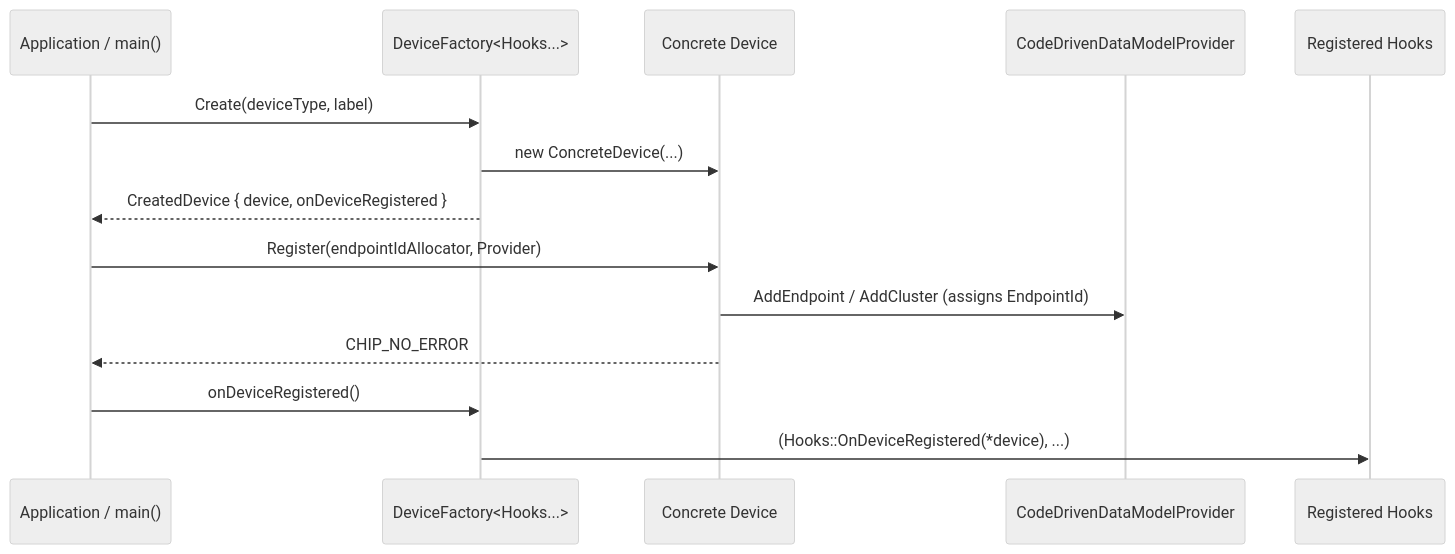
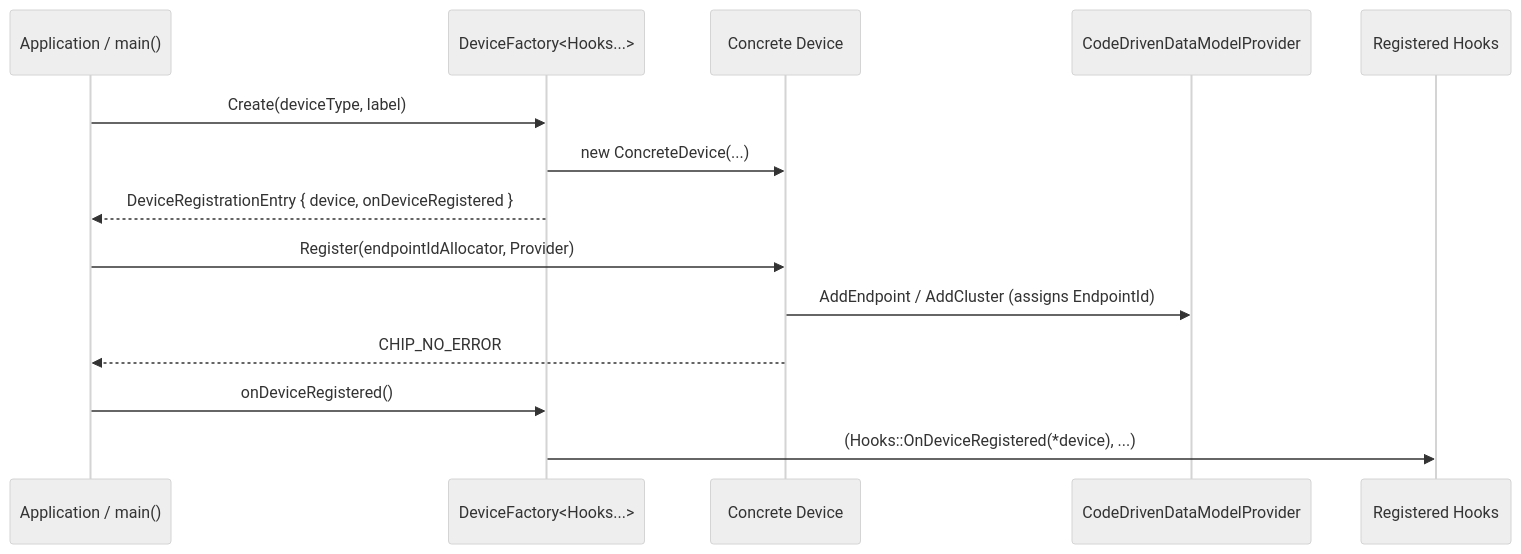
The third of 3 diagrams in examples/all-devices-app/docs/architecture.md (project-chip/connectedhomeip), drawn with Mermaid (neutral theme) before and after one commit. The commit also changed other lines of this file and 12 other files, not shown here.

Commit message:
[all-devices-app] Address PR review feedback: rename DeviceRegistrationEntry, MakeDevice, and NoHooksDeviceFactory

````diff
--- a/examples/all-devices-app/docs/architecture.md
+++ b/examples/all-devices-app/docs/architecture.md
@@ -133,19 +133,19 @@
 ```mermaid
 sequenceDiagram
     participant App as Application / main()
     participant Factory as DeviceFactory<Hooks...>
     participant Device as Concrete Device
     participant Provider as CodeDrivenDataModelProvider
     participant Hook as Registered Hooks
 
     App->>Factory: Create(deviceType, label)
     Factory->>Device: new ConcreteDevice(...)
-    Factory-->>App: CreatedDevice { device, onDeviceRegistered }
+    Factory-->>App: DeviceRegistrationEntry { device, onDeviceRegistered }
 
     App->>Device: Register(endpointIdAllocator, Provider)
     Device->>Provider: AddEndpoint / AddCluster (assigns EndpointId)
     Device-->>App: CHIP_NO_ERROR
 
     App->>Factory: onDeviceRegistered()
     Factory->>Hook: (Hooks::OnDeviceRegistered(*device), ...)
 ```
````
